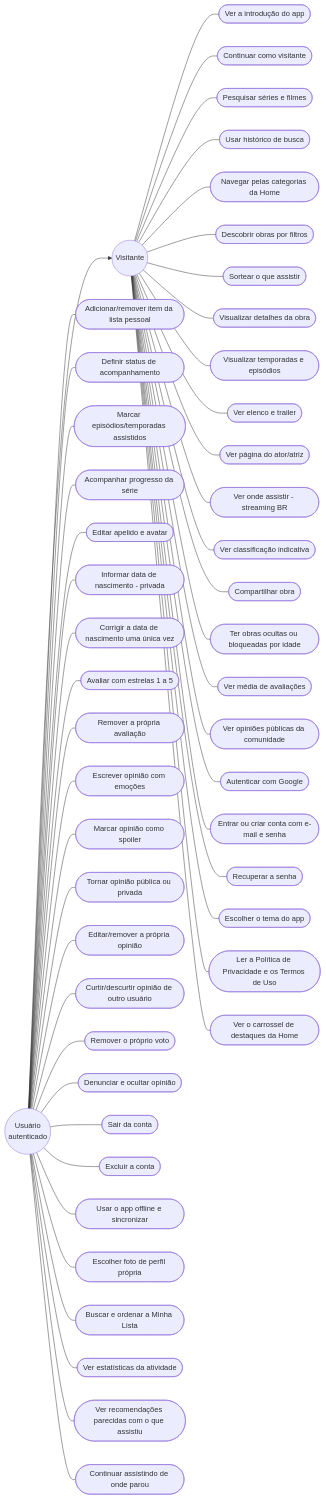
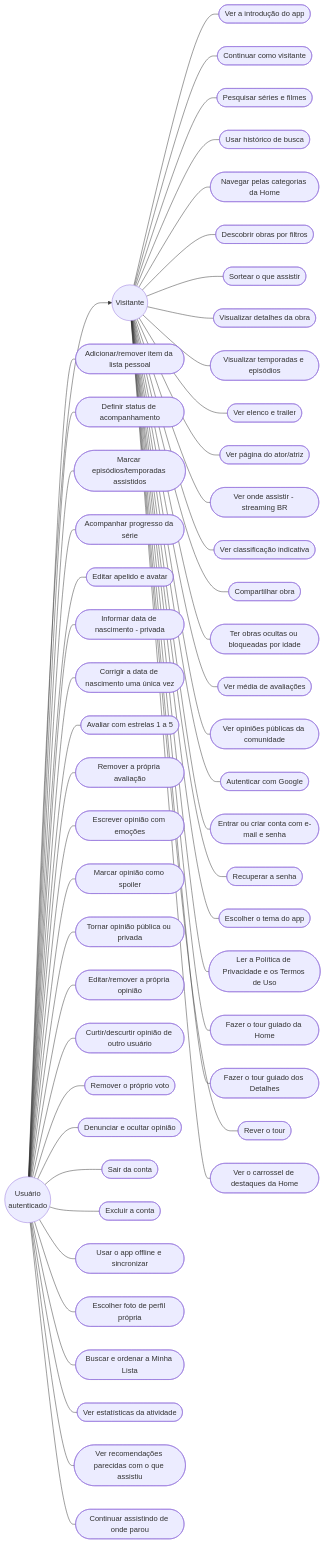
One commit to Lucksander/Seriando changed the diagram in docs/casos-de-uso.md. Above: the diagram before and after it, drawn with Mermaid. The commit also changed other lines of this file and 15 other files, not shown here.

````diff
--- a/docs/casos-de-uso.md
+++ b/docs/casos-de-uso.md
@@ -10,56 +10,59 @@
 ```mermaid
 graph LR
   Visitante((Visitante))
   Usuario((Usuário
   autenticado))
   Usuario --> Visitante
 
   Visitante --- UC25([Ver a introdução do app])
   Visitante --- UC26([Continuar como visitante])
   Visitante --- UC01([Pesquisar séries e filmes])
   Visitante --- UC30([Usar histórico de busca])
   Visitante --- UC27([Navegar pelas categorias da Home])
   Visitante --- UC28([Descobrir obras por filtros])
   Visitante --- UC29([Sortear o que assistir])
   Visitante --- UC02([Visualizar detalhes da obra])
   Visitante --- UC03([Visualizar temporadas e episódios])
   Visitante --- UC04([Ver elenco e trailer])
   Visitante --- UC31([Ver página do ator/atriz])
   Visitante --- UC05([Ver onde assistir - streaming BR])
   Visitante --- UC32([Ver classificação indicativa])
   Visitante --- UC33([Compartilhar obra])
   Visitante --- UC34([Ter obras ocultas ou bloqueadas por idade])
   Visitante --- UC06([Ver média de avaliações])
   Visitante --- UC07([Ver opiniões públicas da comunidade])
   Visitante --- UC08([Autenticar com Google])
   Visitante --- UC39([Entrar ou criar conta com e-mail e senha])
   Visitante --- UC40([Recuperar a senha])
   Visitante --- UC44([Escolher o tema do app])
   Visitante --- UC38([Ler a Política de Privacidade e os Termos de Uso])
+  Visitante --- UC48([Fazer o tour guiado da Home])
+  Visitante --- UC49([Fazer o tour guiado dos Detalhes])
+  Visitante --- UC50([Rever o tour])
 
   Usuario --- UC09([Adicionar/remover item da lista pessoal])
   Usuario --- UC10([Definir status de acompanhamento])
   Usuario --- UC11([Marcar episódios/temporadas assistidos])
   Usuario --- UC12([Acompanhar progresso da série])
   Usuario --- UC13([Editar apelido e avatar])
   Usuario --- UC14([Informar data de nascimento - privada])
   Usuario --- UC35([Corrigir a data de nascimento uma única vez])
   Usuario --- UC15([Avaliar com estrelas 1 a 5])
   Usuario --- UC16([Remover a própria avaliação])
   Usuario --- UC17([Escrever opinião com emoções])
   Usuario --- UC18([Marcar opinião como spoiler])
   Usuario --- UC19([Tornar opinião pública ou privada])
   Usuario --- UC20([Editar/remover a própria opinião])
   Usuario --- UC21([Curtir/descurtir opinião de outro usuário])
   Usuario --- UC22([Remover o próprio voto])
   Usuario --- UC23([Denunciar e ocultar opinião])
   Usuario --- UC24([Sair da conta])
   Usuario --- UC36([Excluir a conta])
   Usuario --- UC37([Usar o app offline e sincronizar])
   Usuario --- UC41([Escolher foto de perfil própria])
   Usuario --- UC42([Buscar e ordenar a Minha Lista])
   Usuario --- UC43([Ver estatísticas da atividade])
   Usuario --- UC45([Ver recomendações parecidas com o que assistiu])
   Usuario --- UC47([Continuar assistindo de onde parou])
   Visitante --- UC46([Ver o carrossel de destaques da Home])
 ```
````
